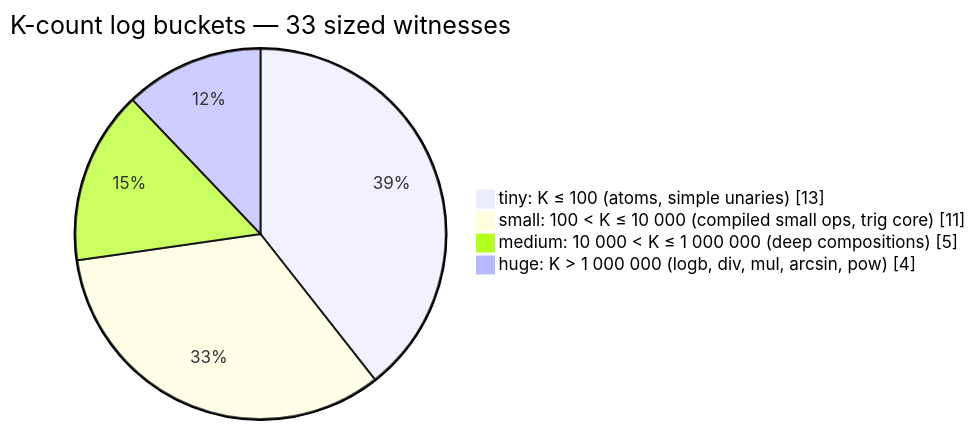
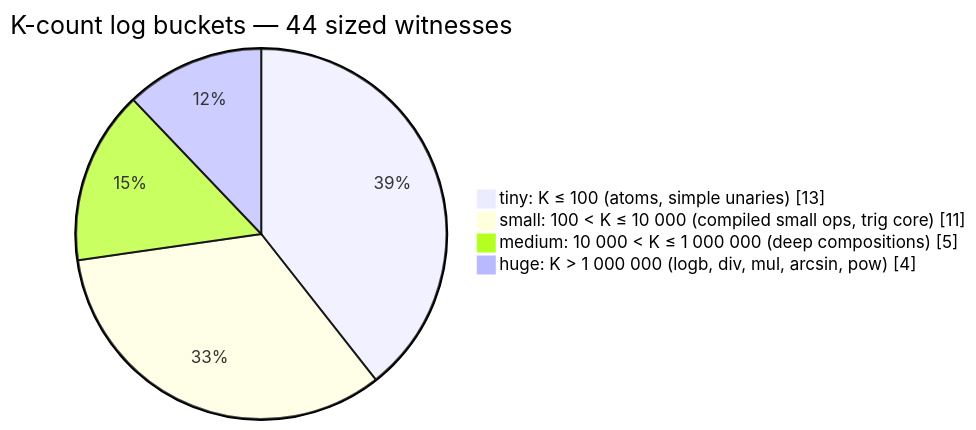
The second of 2 diagrams in DASHBOARD.md (nasqret/eml-formalization), drawn with Mermaid before and after one commit. The commit also changed other lines of this file and 13 other files, not shown here.

````diff
--- a/DASHBOARD.md
+++ b/DASHBOARD.md
@@ -188,8 +188,8 @@
 ```mermaid
 pie showData
-    title K-count log buckets — 33 sized witnesses
+    title K-count log buckets — 44 sized witnesses
     "tiny: K ≤ 100 (atoms, simple unaries)" : 13
     "small: 100 < K ≤ 10 000 (compiled small ops, trig core)" : 11
     "medium: 10 000 < K ≤ 1 000 000 (deep compositions)" : 5
     "huge: K > 1 000 000 (logb, div, mul, arcsin, pow)" : 4
 ```
````
